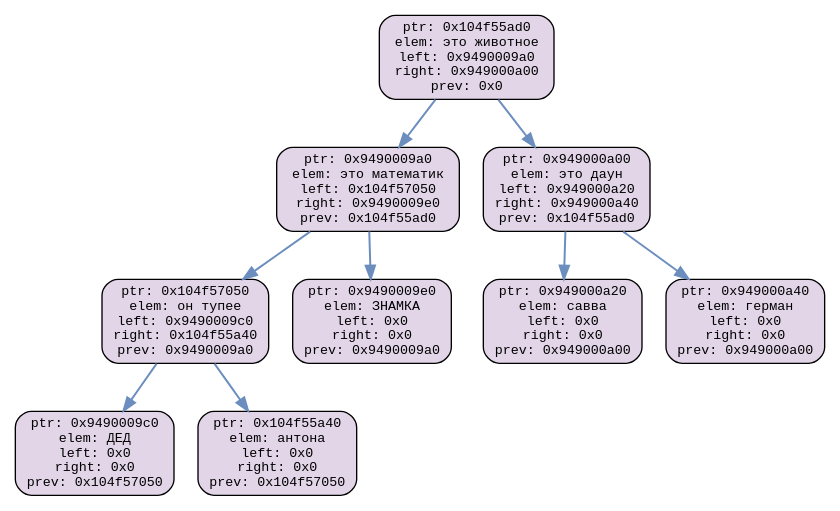
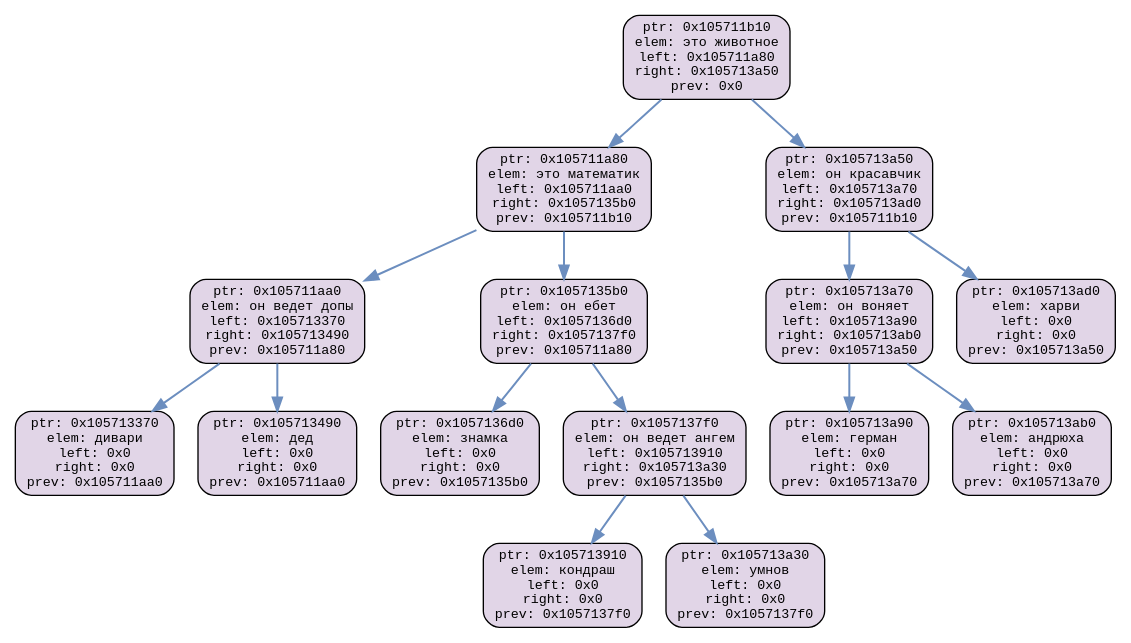
One commit to savva289-prog/bin-TREE changed the diagram in TREE_dump.dot. Above: the diagram before and after it, drawn with Graphviz. The commit also changed 11 other files, not shown here.

```diff
--- a/TREE_dump.dot
+++ b/TREE_dump.dot
@@ -1,23 +1,35 @@
 digraph BST {
     rankdir=TB;
     node [shape=box, style="filled, rounded", fillcolor="#e1d5e7", fontname="Courier", fontsize=10];
     edge [color="#6c8ebf", penwidth=1.5];
 
-    node_0x104f55ad0 [label="ptr: 0x104f55ad0\nelem: это животное \nleft: 0x9490009a0\nright: 0x949000a00\nprev: 0x0"];
-    node_0x104f55ad0 -> node_0x9490009a0;
-    node_0x104f55ad0 -> node_0x949000a00;
-    node_0x9490009a0 [label="ptr: 0x9490009a0\nelem: это математик \nleft: 0x104f57050\nright: 0x9490009e0\nprev: 0x104f55ad0"];
-    node_0x9490009a0 -> node_0x104f57050;
-    node_0x9490009a0 -> node_0x9490009e0;
-    node_0x104f57050 [label="ptr: 0x104f57050\nelem: он тупее\nleft: 0x9490009c0\nright: 0x104f55a40\nprev: 0x9490009a0"];
-    node_0x104f57050 -> node_0x9490009c0;
-    node_0x104f57050 -> node_0x104f55a40;
-    node_0x9490009c0 [label="ptr: 0x9490009c0\nelem: ДЕД\nleft: 0x0\nright: 0x0\nprev: 0x104f57050"];
-    node_0x104f55a40 [label="ptr: 0x104f55a40\nelem: антона\nleft: 0x0\nright: 0x0\nprev: 0x104f57050"];
-    node_0x9490009e0 [label="ptr: 0x9490009e0\nelem: ЗНАМКА\nleft: 0x0\nright: 0x0\nprev: 0x9490009a0"];
-    node_0x949000a00 [label="ptr: 0x949000a00\nelem: это даун \nleft: 0x949000a20\nright: 0x949000a40\nprev: 0x104f55ad0"];
-    node_0x949000a00 -> node_0x949000a20;
-    node_0x949000a00 -> node_0x949000a40;
-    node_0x949000a20 [label="ptr: 0x949000a20\nelem: савва\nleft: 0x0\nright: 0x0\nprev: 0x949000a00"];
-    node_0x949000a40 [label="ptr: 0x949000a40\nelem: герман\nleft: 0x0\nright: 0x0\nprev: 0x949000a00"];
+    node_0x105711b10 [label="ptr: 0x105711b10\nelem: это животное\nleft: 0x105711a80\nright: 0x105713a50\nprev: 0x0"];
+    node_0x105711b10 -> node_0x105711a80;
+    node_0x105711b10 -> node_0x105713a50;
+    node_0x105711a80 [label="ptr: 0x105711a80\nelem: это математик\nleft: 0x105711aa0\nright: 0x1057135b0\nprev: 0x105711b10"];
+    node_0x105711a80 -> node_0x105711aa0;
+    node_0x105711a80 -> node_0x1057135b0;
+    node_0x105711aa0 [label="ptr: 0x105711aa0\nelem: он ведет допы\nleft: 0x105713370\nright: 0x105713490\nprev: 0x105711a80"];
+    node_0x105711aa0 -> node_0x105713370;
+    node_0x105711aa0 -> node_0x105713490;
+    node_0x105713370 [label="ptr: 0x105713370\nelem: дивари\nleft: 0x0\nright: 0x0\nprev: 0x105711aa0"];
+    node_0x105713490 [label="ptr: 0x105713490\nelem: дед\nleft: 0x0\nright: 0x0\nprev: 0x105711aa0"];
+    node_0x1057135b0 [label="ptr: 0x1057135b0\nelem: он ебет\nleft: 0x1057136d0\nright: 0x1057137f0\nprev: 0x105711a80"];
+    node_0x1057135b0 -> node_0x1057136d0;
+    node_0x1057135b0 -> node_0x1057137f0;
+    node_0x1057136d0 [label="ptr: 0x1057136d0\nelem: знамка\nleft: 0x0\nright: 0x0\nprev: 0x1057135b0"];
+    node_0x1057137f0 [label="ptr: 0x1057137f0\nelem: он ведет ангем\nleft: 0x105713910\nright: 0x105713a30\nprev: 0x1057135b0"];
+    node_0x1057137f0 -> node_0x105713910;
+    node_0x1057137f0 -> node_0x105713a30;
+    node_0x105713910 [label="ptr: 0x105713910\nelem: кондраш\nleft: 0x0\nright: 0x0\nprev: 0x1057137f0"];
+    node_0x105713a30 [label="ptr: 0x105713a30\nelem: умнов\nleft: 0x0\nright: 0x0\nprev: 0x1057137f0"];
+    node_0x105713a50 [label="ptr: 0x105713a50\nelem: он красавчик\nleft: 0x105713a70\nright: 0x105713ad0\nprev: 0x105711b10"];
+    node_0x105713a50 -> node_0x105713a70;
+    node_0x105713a50 -> node_0x105713ad0;
+    node_0x105713a70 [label="ptr: 0x105713a70\nelem: он воняет\nleft: 0x105713a90\nright: 0x105713ab0\nprev: 0x105713a50"];
+    node_0x105713a70 -> node_0x105713a90;
+    node_0x105713a70 -> node_0x105713ab0;
+    node_0x105713a90 [label="ptr: 0x105713a90\nelem: герман\nleft: 0x0\nright: 0x0\nprev: 0x105713a70"];
+    node_0x105713ab0 [label="ptr: 0x105713ab0\nelem: андрюха\nleft: 0x0\nright: 0x0\nprev: 0x105713a70"];
+    node_0x105713ad0 [label="ptr: 0x105713ad0\nelem: харви\nleft: 0x0\nright: 0x0\nprev: 0x105713a50"];
 }
```
